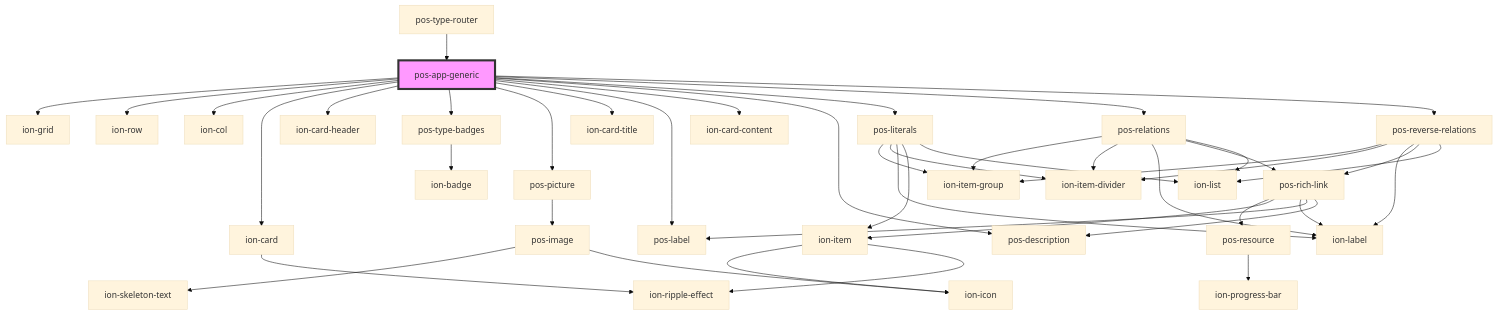
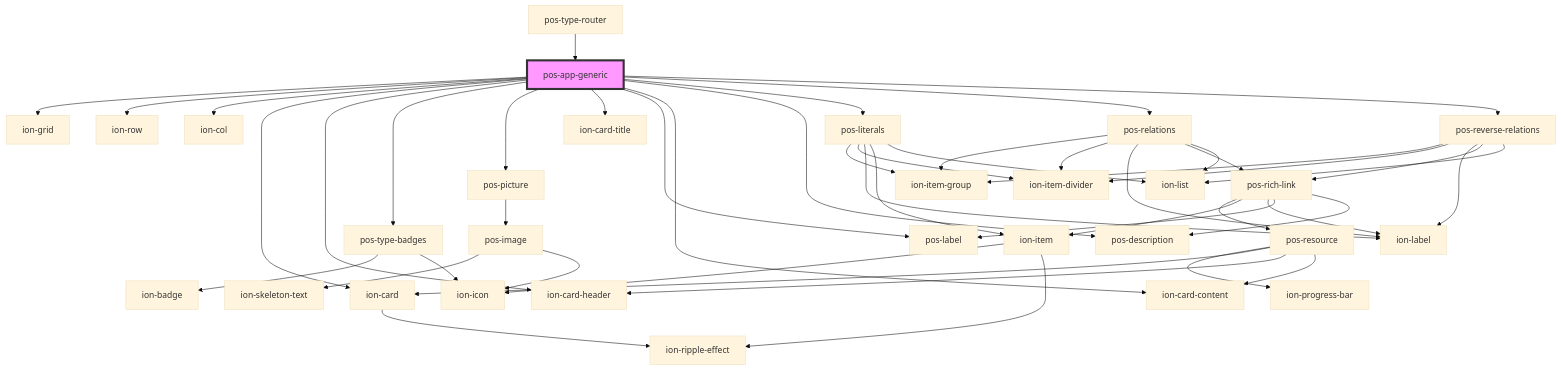
One commit to pod-os/PodOS changed the diagram in docs/elements/apps/pos-app-generic/readme.md. Above: the diagram before and after it, drawn with Mermaid (base theme). The commit also changed 15 other files, not shown here.

Commit message:
#3 feat: improve error output for pos-resource

````diff
--- a/docs/elements/apps/pos-app-generic/readme.md
+++ b/docs/elements/apps/pos-app-generic/readme.md
@@ -32,47 +32,51 @@
 ```mermaid
 graph TD;
   pos-app-generic --> ion-grid
   pos-app-generic --> ion-row
   pos-app-generic --> ion-col
   pos-app-generic --> ion-card
   pos-app-generic --> ion-card-header
   pos-app-generic --> pos-type-badges
   pos-app-generic --> pos-picture
   pos-app-generic --> ion-card-title
   pos-app-generic --> pos-label
   pos-app-generic --> ion-card-content
   pos-app-generic --> pos-description
   pos-app-generic --> pos-literals
   pos-app-generic --> pos-relations
   pos-app-generic --> pos-reverse-relations
   ion-card --> ion-ripple-effect
   pos-type-badges --> ion-badge
+  pos-type-badges --> ion-icon
   pos-picture --> pos-image
   pos-image --> ion-skeleton-text
   pos-image --> ion-icon
   pos-literals --> ion-item-group
   pos-literals --> ion-item-divider
   pos-literals --> ion-label
   pos-literals --> ion-item
   pos-literals --> ion-list
   ion-item --> ion-icon
   ion-item --> ion-ripple-effect
   pos-relations --> ion-item-group
   pos-relations --> ion-item-divider
   pos-relations --> ion-label
   pos-relations --> pos-rich-link
   pos-relations --> ion-list
   pos-rich-link --> pos-resource
   pos-rich-link --> ion-item
   pos-rich-link --> ion-label
   pos-rich-link --> pos-label
   pos-rich-link --> pos-description
   pos-resource --> ion-progress-bar
+  pos-resource --> ion-card
+  pos-resource --> ion-card-header
+  pos-resource --> ion-card-content
   pos-reverse-relations --> ion-item-group
   pos-reverse-relations --> ion-item-divider
   pos-reverse-relations --> ion-label
   pos-reverse-relations --> pos-rich-link
   pos-reverse-relations --> ion-list
   pos-type-router --> pos-app-generic
   style pos-app-generic fill:#f9f,stroke:#333,stroke-width:4px
 ```
````
